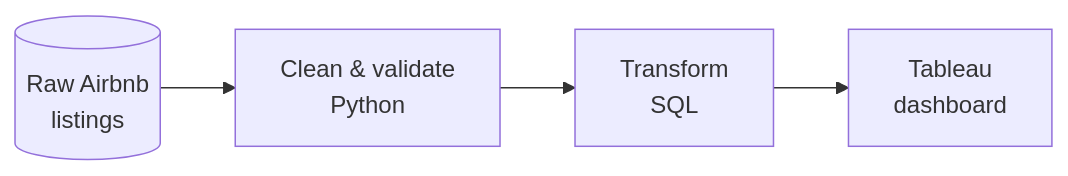
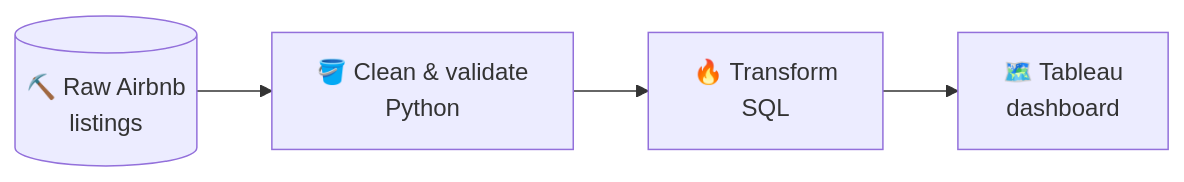
The second of 4 diagrams in README.md (gaurav190901/gaurav190901), drawn with Mermaid before and after one commit. The commit also changed other lines of this file and 1 other file, not shown here.

````diff
--- a/README.md
+++ b/README.md
@@ -77,4 +91,4 @@
 ```mermaid
 flowchart LR
-    A[(Raw Airbnb<br/>listings)] --> B[Clean & validate<br/>Python] --> C[Transform<br/>SQL] --> D[Tableau<br/>dashboard]
+    A[(⛏️ Raw Airbnb<br/>listings)] --> B[🪣 Clean & validate<br/>Python] --> C[🔥 Transform<br/>SQL] --> D[🗺️ Tableau<br/>dashboard]
 ```
````
